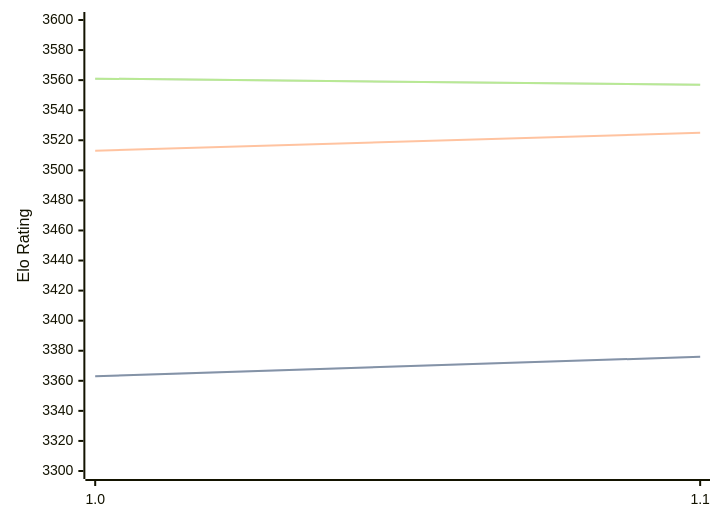
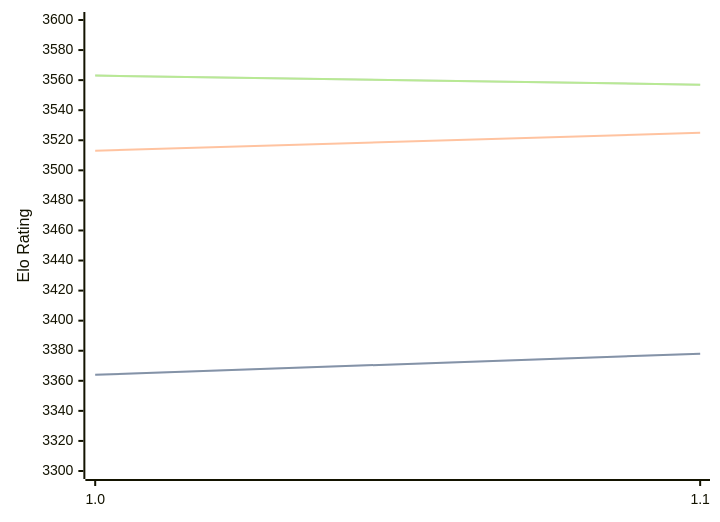
Before and after one commit to computer-chess-index/cci: the diagram in engines/Horsie.md, drawn with Mermaid. The commit also changed other lines of this file, not shown here.

Commit message:
Update CCI Ratings (ELO VLTC) - 2026-04-13

````diff
--- a/engines/Horsie.md
+++ b/engines/Horsie.md
@@ -32,11 +32,11 @@
 ```mermaid
 %%{init: {"theme":"base","themeVariables":{"seriesColors:['#a3a3a3','#222221','#faa371']}}}%%
 xychart-beta
   x-axis ["1.0", "1.1"]
   y-axis "Elo Rating" 3300 --> 3600
-  line "STC (8.0+0.08s)" [3363, 3376]
-  line "STC (8.0+0.08s)" [3363, 3376]
+  line "STC (8.0+0.08s)" [3364, 3378]
+  line "STC (8.0+0.08s)" [3364, 3378]
   line "LTC (60.0+0.60s)" [3513, 3525]
-  line "VLTC (2m24s+1.12s)" [3561, 3557]
-  line "VLTC (2m24s+1.12s)" [3561, 3557]
+  line "VLTC (2m24s+1.12s)" [3563, 3557]
+  line "VLTC (2m24s+1.12s)" [3563, 3557]
 ```
````
